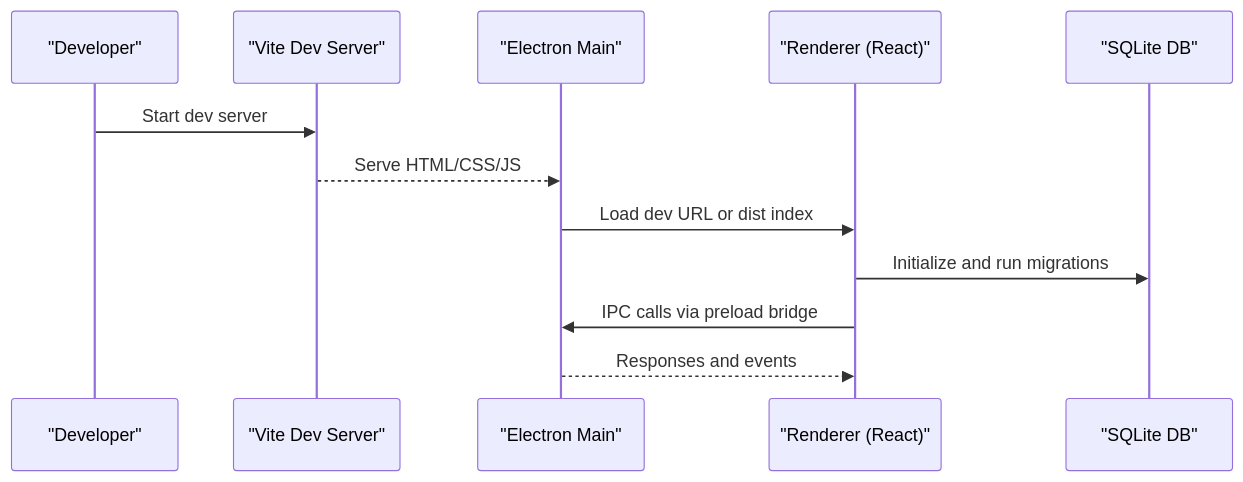
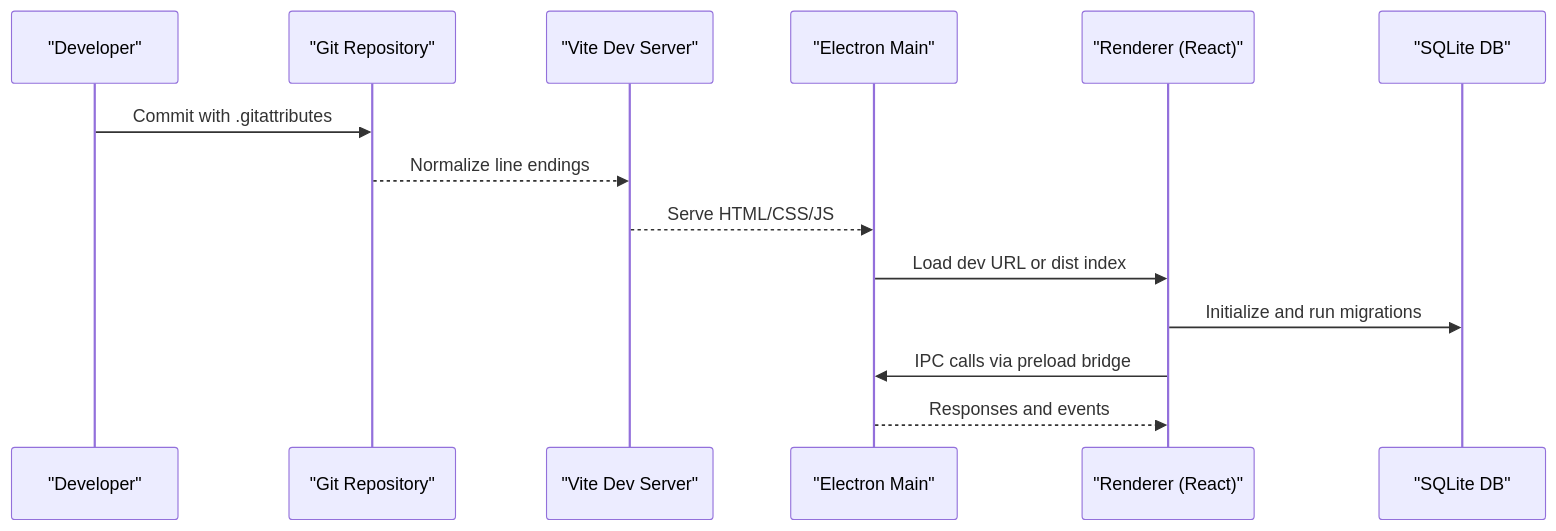
One commit to jimmywyk/lyricdeck changed the second of 7 diagrams in .qoder/repowiki/en/content/Build and Deployment.md. Above: the diagram before and after it, drawn with Mermaid. The commit also changed other lines of this file and 9 other files, not shown here.

````diff
--- a/.qoder/repowiki/en/content/Build and Deployment.md
+++ b/.qoder/repowiki/en/content/Build and Deployment.md
@@ -122,14 +132,16 @@
 ```mermaid
 sequenceDiagram
 participant Dev as "Developer"
+participant Git as "Git Repository"
 participant Vite as "Vite Dev Server"
 participant Main as "Electron Main"
 participant Renderer as "Renderer (React)"
 participant DB as "SQLite DB"
-Dev->>Vite : Start dev server
+Dev->>Git : Commit with .gitattributes
+Git-->>Vite : Normalize line endings
 Vite-->>Main : Serve HTML/CSS/JS
 Main->>Renderer : Load dev URL or dist index
 Renderer->>DB : Initialize and run migrations
 Renderer->>Main : IPC calls via preload bridge
 Main-->>Renderer : Responses and events
 ```
````
